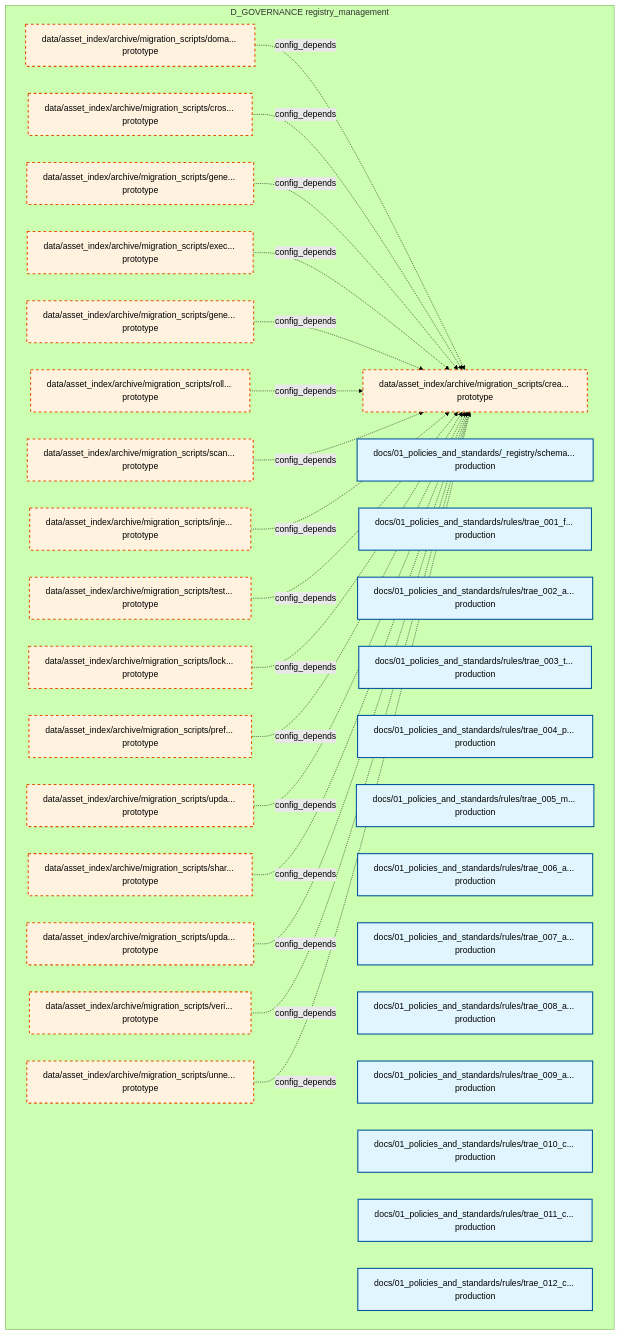
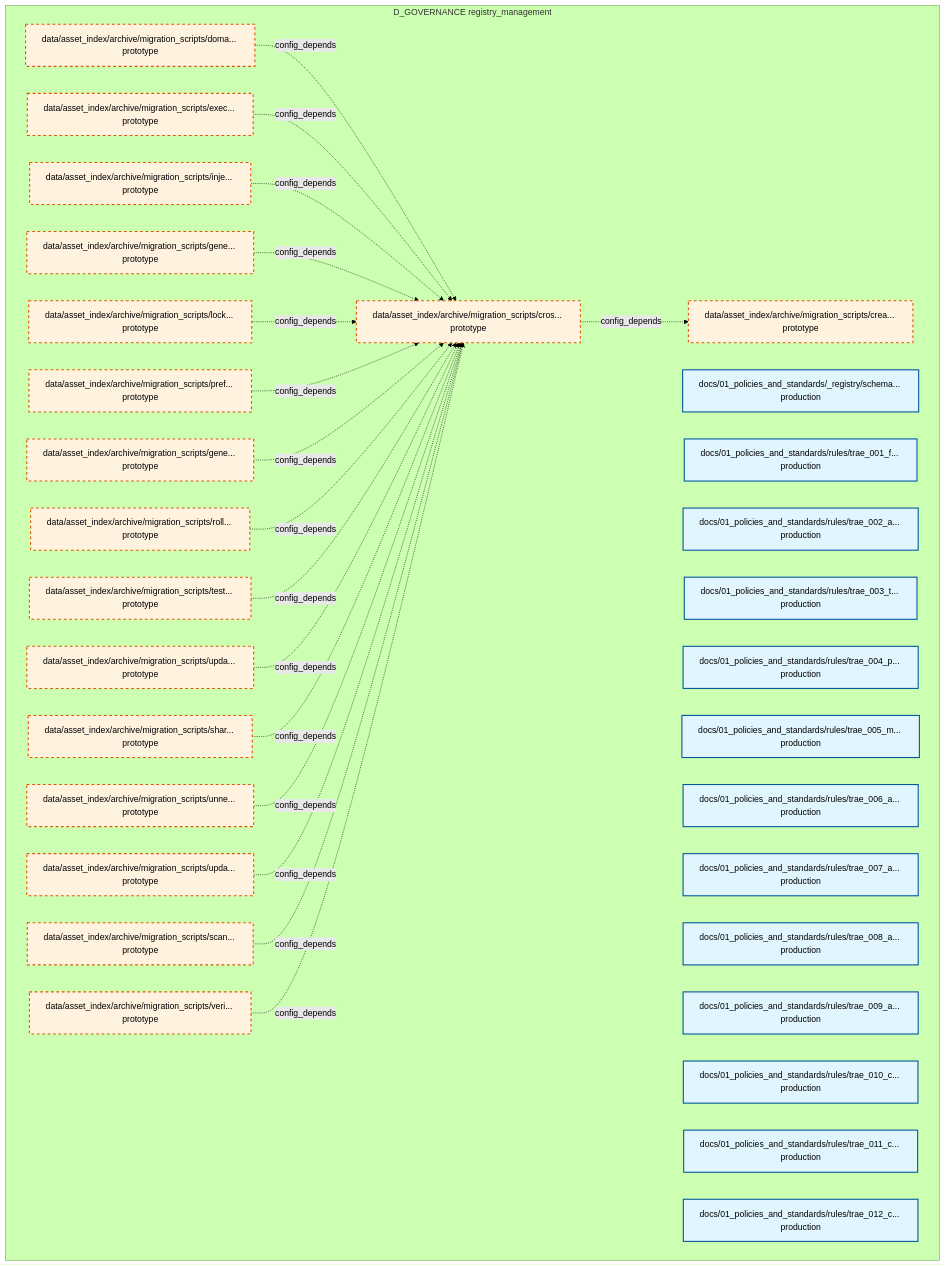
The second of 29 diagrams in docs/02_enterprise_architecture/02_domain_architecture_docs/31_d_governance.md (xuanFelixVan/ZephyrAlpha), drawn with Mermaid (forest theme) before and after one commit. The commit also changed other lines of this file and 99 other files, not shown here.

````diff
--- a/docs/02_enterprise_architecture/02_domain_architecture_docs/31_d_governance.md
+++ b/docs/02_enterprise_architecture/02_domain_architecture_docs/31_d_governance.md
@@ -93,57 +93,57 @@
 ```mermaid
 graph TD
     subgraph D_GOVERNANCE["D_GOVERNANCE registry_management"]
         data_asset_index_archive_migration_scripts_create_target_dirs_py["data/asset_index/archive/migration_scripts/crea... prototype"]
         data_asset_index_archive_migration_scripts_cross_domain_import_fix_py["data/asset_index/archive/migration_scripts/cros... prototype"]
         data_asset_index_archive_migration_scripts_domain_prefix_import_fix_py["data/asset_index/archive/migration_scripts/doma... prototype"]
         data_asset_index_archive_migration_scripts_execute_move_py["data/asset_index/archive/migration_scripts/exec... prototype"]
         data_asset_index_archive_migration_scripts_generate_migration_registry_py["data/asset_index/archive/migration_scripts/gene... prototype"]
         data_asset_index_archive_migration_scripts_generate_path_migration_mapping_py["data/asset_index/archive/migration_scripts/gene... prototype"]
         data_asset_index_archive_migration_scripts_inject_domain_fields_py["data/asset_index/archive/migration_scripts/inje... prototype"]
         data_asset_index_archive_migration_scripts_lock_batch_py["data/asset_index/archive/migration_scripts/lock... prototype"]
         data_asset_index_archive_migration_scripts_preflight_check_py["data/asset_index/archive/migration_scripts/pref... prototype"]
         data_asset_index_archive_migration_scripts_rollback_batch_py["data/asset_index/archive/migration_scripts/roll... prototype"]
         data_asset_index_archive_migration_scripts_scan_import_impact_py["data/asset_index/archive/migration_scripts/scan... prototype"]
         data_asset_index_archive_migration_scripts_shared_import_fix_py["data/asset_index/archive/migration_scripts/shar... prototype"]
         data_asset_index_archive_migration_scripts_test_import_fix_py["data/asset_index/archive/migration_scripts/test... prototype"]
         data_asset_index_archive_migration_scripts_unnest_from_mcp_server_py["data/asset_index/archive/migration_scripts/unne... prototype"]
         data_asset_index_archive_migration_scripts_update_imports_py["data/asset_index/archive/migration_scripts/upda... prototype"]
         data_asset_index_archive_migration_scripts_update_non_import_refs_py["data/asset_index/archive/migration_scripts/upda... prototype"]
         data_asset_index_archive_migration_scripts_verify_batch_py["data/asset_index/archive/migration_scripts/veri... prototype"]
         docs_01_policies_and_standards_registry_schemas_session_log_schema_yaml["docs/01_policies_and_standards/_registry/schema... production"]
         docs_01_policies_and_standards_rules_trae_001_file_operation_security_yaml["docs/01_policies_and_standards/rules/trae_001_f... production"]
         docs_01_policies_and_standards_rules_trae_002_anti_orphan_search_first_yaml["docs/01_policies_and_standards/rules/trae_002_a... production"]
         docs_01_policies_and_standards_rules_trae_003_task_granularity_threshold_yaml["docs/01_policies_and_standards/rules/trae_003_t... production"]
         docs_01_policies_and_standards_rules_trae_004_parallel_atomic_transaction_yaml["docs/01_policies_and_standards/rules/trae_004_p... production"]
         docs_01_policies_and_standards_rules_trae_005_modification_governance_yaml["docs/01_policies_and_standards/rules/trae_005_m... production"]
         docs_01_policies_and_standards_rules_trae_006_anti_hallucination_structure_yaml["docs/01_policies_and_standards/rules/trae_006_a... production"]
         docs_01_policies_and_standards_rules_trae_007_anti_hallucination_behavior_yaml["docs/01_policies_and_standards/rules/trae_007_a... production"]
         docs_01_policies_and_standards_rules_trae_008_anti_hallucination_output_yaml["docs/01_policies_and_standards/rules/trae_008_a... production"]
         docs_01_policies_and_standards_rules_trae_009_anti_hallucination_safety_yaml["docs/01_policies_and_standards/rules/trae_009_a... production"]
         docs_01_policies_and_standards_rules_trae_010_code_naming_organization_yaml["docs/01_policies_and_standards/rules/trae_010_c... production"]
         docs_01_policies_and_standards_rules_trae_011_code_type_import_yaml["docs/01_policies_and_standards/rules/trae_011_c... production"]
         docs_01_policies_and_standards_rules_trae_012_code_test_security_yaml["docs/01_policies_and_standards/rules/trae_012_c... production"]
     end
-    data_asset_index_archive_migration_scripts_domain_prefix_import_fix_py -.->|config_depends| data_asset_index_archive_migration_scripts_create_target_dirs_py
     data_asset_index_archive_migration_scripts_cross_domain_import_fix_py -.->|config_depends| data_asset_index_archive_migration_scripts_create_target_dirs_py
-    data_asset_index_archive_migration_scripts_generate_migration_registry_py -.->|config_depends| data_asset_index_archive_migration_scripts_create_target_dirs_py
-    data_asset_index_archive_migration_scripts_execute_move_py -.->|config_depends| data_asset_index_archive_migration_scripts_create_target_dirs_py
-    data_asset_index_archive_migration_scripts_generate_path_migration_mapping_py -.->|config_depends| data_asset_index_archive_migration_scripts_create_target_dirs_py
-    data_asset_index_archive_migration_scripts_rollback_batch_py -.->|config_depends| data_asset_index_archive_migration_scripts_create_target_dirs_py
-    data_asset_index_archive_migration_scripts_scan_import_impact_py -.->|config_depends| data_asset_index_archive_migration_scripts_create_target_dirs_py
-    data_asset_index_archive_migration_scripts_inject_domain_fields_py -.->|config_depends| data_asset_index_archive_migration_scripts_create_target_dirs_py
-    data_asset_index_archive_migration_scripts_test_import_fix_py -.->|config_depends| data_asset_index_archive_migration_scripts_create_target_dirs_py
-    data_asset_index_archive_migration_scripts_lock_batch_py -.->|config_depends| data_asset_index_archive_migration_scripts_create_target_dirs_py
-    data_asset_index_archive_migration_scripts_preflight_check_py -.->|config_depends| data_asset_index_archive_migration_scripts_create_target_dirs_py
-    data_asset_index_archive_migration_scripts_update_non_import_refs_py -.->|config_depends| data_asset_index_archive_migration_scripts_create_target_dirs_py
-    data_asset_index_archive_migration_scripts_shared_import_fix_py -.->|config_depends| data_asset_index_archive_migration_scripts_create_target_dirs_py
-    data_asset_index_archive_migration_scripts_update_imports_py -.->|config_depends| data_asset_index_archive_migration_scripts_create_target_dirs_py
-    data_asset_index_archive_migration_scripts_verify_batch_py -.->|config_depends| data_asset_index_archive_migration_scripts_create_target_dirs_py
-    data_asset_index_archive_migration_scripts_unnest_from_mcp_server_py -.->|config_depends| data_asset_index_archive_migration_scripts_create_target_dirs_py
+    data_asset_index_archive_migration_scripts_domain_prefix_import_fix_py -.->|config_depends| data_asset_index_archive_migration_scripts_cross_domain_import_fix_py
+    data_asset_index_archive_migration_scripts_execute_move_py -.->|config_depends| data_asset_index_archive_migration_scripts_cross_domain_import_fix_py
+    data_asset_index_archive_migration_scripts_inject_domain_fields_py -.->|config_depends| data_asset_index_archive_migration_scripts_cross_domain_import_fix_py
+    data_asset_index_archive_migration_scripts_generate_migration_registry_py -.->|config_depends| data_asset_index_archive_migration_scripts_cross_domain_import_fix_py
+    data_asset_index_archive_migration_scripts_lock_batch_py -.->|config_depends| data_asset_index_archive_migration_scripts_cross_domain_import_fix_py
+    data_asset_index_archive_migration_scripts_preflight_check_py -.->|config_depends| data_asset_index_archive_migration_scripts_cross_domain_import_fix_py
+    data_asset_index_archive_migration_scripts_generate_path_migration_mapping_py -.->|config_depends| data_asset_index_archive_migration_scripts_cross_domain_import_fix_py
+    data_asset_index_archive_migration_scripts_rollback_batch_py -.->|config_depends| data_asset_index_archive_migration_scripts_cross_domain_import_fix_py
+    data_asset_index_archive_migration_scripts_test_import_fix_py -.->|config_depends| data_asset_index_archive_migration_scripts_cross_domain_import_fix_py
+    data_asset_index_archive_migration_scripts_update_non_import_refs_py -.->|config_depends| data_asset_index_archive_migration_scripts_cross_domain_import_fix_py
+    data_asset_index_archive_migration_scripts_shared_import_fix_py -.->|config_depends| data_asset_index_archive_migration_scripts_cross_domain_import_fix_py
+    data_asset_index_archive_migration_scripts_unnest_from_mcp_server_py -.->|config_depends| data_asset_index_archive_migration_scripts_cross_domain_import_fix_py
+    data_asset_index_archive_migration_scripts_update_imports_py -.->|config_depends| data_asset_index_archive_migration_scripts_cross_domain_import_fix_py
+    data_asset_index_archive_migration_scripts_scan_import_impact_py -.->|config_depends| data_asset_index_archive_migration_scripts_cross_domain_import_fix_py
+    data_asset_index_archive_migration_scripts_verify_batch_py -.->|config_depends| data_asset_index_archive_migration_scripts_cross_domain_import_fix_py
     classDef production fill:#e1f5fe,stroke:#01579b,stroke-width:2px,color:#000
     classDef design fill:#fff3e0,stroke:#e65100,stroke-width:2px,color:#000,stroke-dasharray: 5 5
     classDef external_prod fill:#e8f5e9,stroke:#1b5e20,stroke-width:1px,color:#000
     classDef external_design fill:#fce4ec,stroke:#880e4f,stroke-width:1px,color:#000,stroke-dasharray: 5 5
     class docs_01_policies_and_standards_registry_schemas_session_log_schema_yaml,docs_01_policies_and_standards_rules_trae_001_file_operation_security_yaml,docs_01_policies_and_standards_rules_trae_002_anti_orphan_search_first_yaml,docs_01_policies_and_standards_rules_trae_003_task_granularity_threshold_yaml,docs_01_policies_and_standards_rules_trae_004_parallel_atomic_transaction_yaml,docs_01_policies_and_standards_rules_trae_005_modification_governance_yaml,docs_01_policies_and_standards_rules_trae_006_anti_hallucination_structure_yaml,docs_01_policies_and_standards_rules_trae_007_anti_hallucination_behavior_yaml,docs_01_policies_and_standards_rules_trae_008_anti_hallucination_output_yaml,docs_01_policies_and_standards_rules_trae_009_anti_hallucination_safety_yaml,docs_01_policies_and_standards_rules_trae_010_code_naming_organization_yaml,docs_01_policies_and_standards_rules_trae_011_code_type_import_yaml,docs_01_policies_and_standards_rules_trae_012_code_test_security_yaml production
     class data_asset_index_archive_migration_scripts_create_target_dirs_py,data_asset_index_archive_migration_scripts_cross_domain_import_fix_py,data_asset_index_archive_migration_scripts_domain_prefix_import_fix_py,data_asset_index_archive_migration_scripts_execute_move_py,data_asset_index_archive_migration_scripts_generate_migration_registry_py,data_asset_index_archive_migration_scripts_generate_path_migration_mapping_py,data_asset_index_archive_migration_scripts_inject_domain_fields_py,data_asset_index_archive_migration_scripts_lock_batch_py,data_asset_index_archive_migration_scripts_preflight_check_py,data_asset_index_archive_migration_scripts_rollback_batch_py,data_asset_index_archive_migration_scripts_scan_import_impact_py,data_asset_index_archive_migration_scripts_shared_import_fix_py,data_asset_index_archive_migration_scripts_test_import_fix_py,data_asset_index_archive_migration_scripts_unnest_from_mcp_server_py,data_asset_index_archive_migration_scripts_update_imports_py,data_asset_index_archive_migration_scripts_update_non_import_refs_py,data_asset_index_archive_migration_scripts_verify_batch_py design
 ```
````
